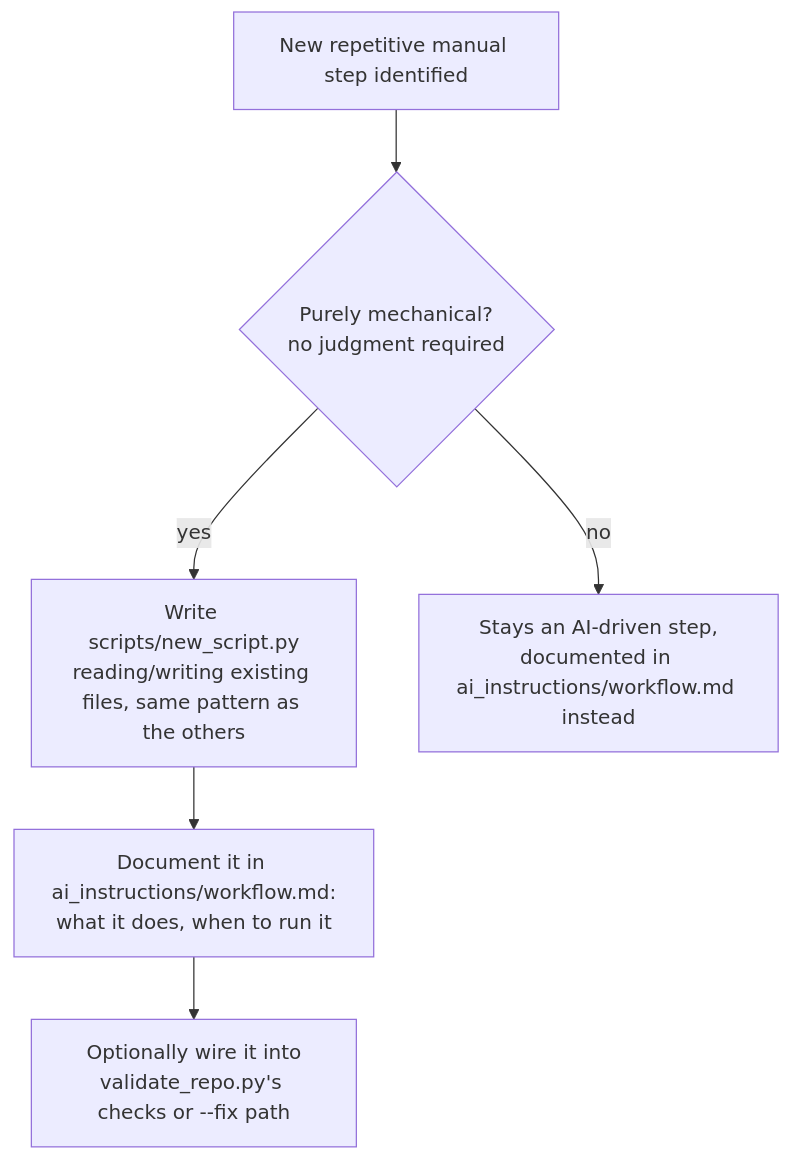
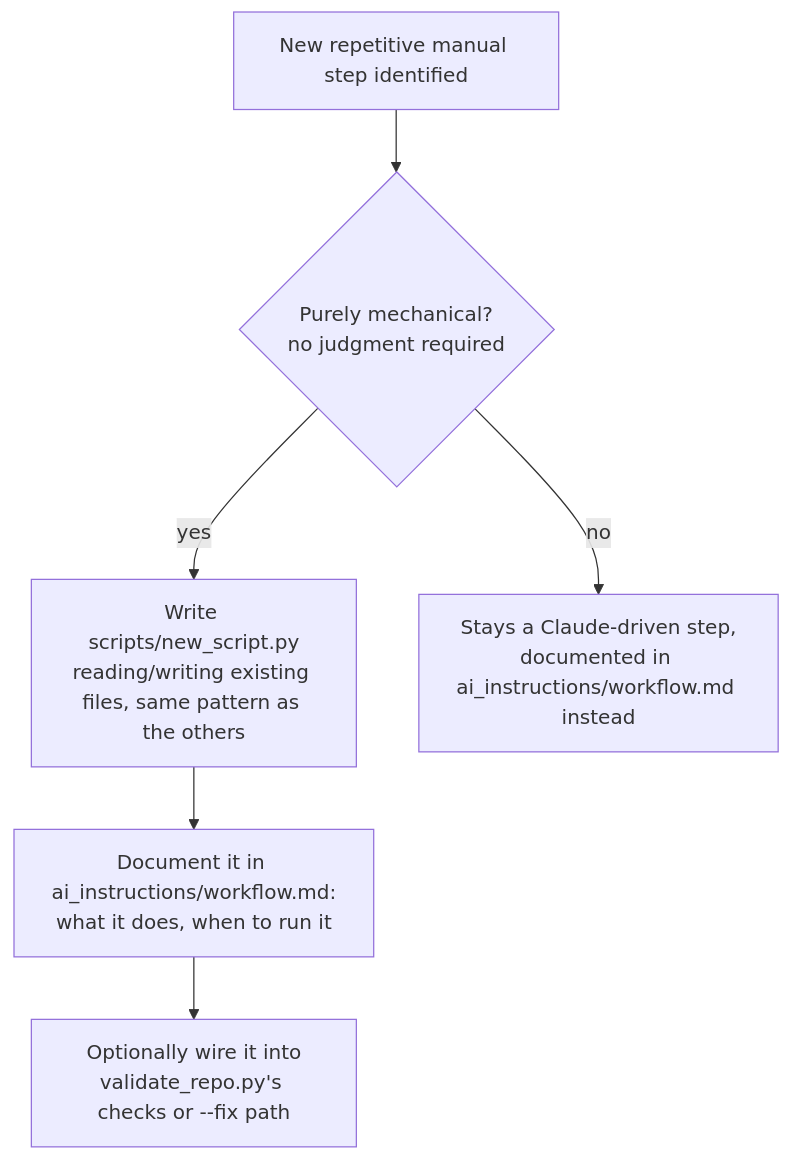
One commit to jonaHaggarde/literature_study_template changed the fifth of 5 diagrams in study/workflow-diagram.md. Above: the diagram before and after it, drawn with Mermaid. The commit also changed other lines of this file and 9 other files, not shown here.

````diff
--- a/study/workflow-diagram.md
+++ b/study/workflow-diagram.md
@@ -163,8 +163,8 @@
 ```mermaid
 flowchart TD
     N["New repetitive manual step identified"] --> D{"Purely mechanical?<br/>no judgment required"}
     D -- yes --> S["Write scripts/new_script.py<br/>reading/writing existing files, same pattern as the others"]
     S --> W["Document it in ai_instructions/workflow.md:<br/>what it does, when to run it"]
     W --> V["Optionally wire it into<br/>validate_repo.py's checks or --fix path"]
-    D -- no --> J["Stays an AI-driven step,<br/>documented in ai_instructions/workflow.md instead"]
+    D -- no --> J["Stays a Claude-driven step,<br/>documented in ai_instructions/workflow.md instead"]
 ```
````
